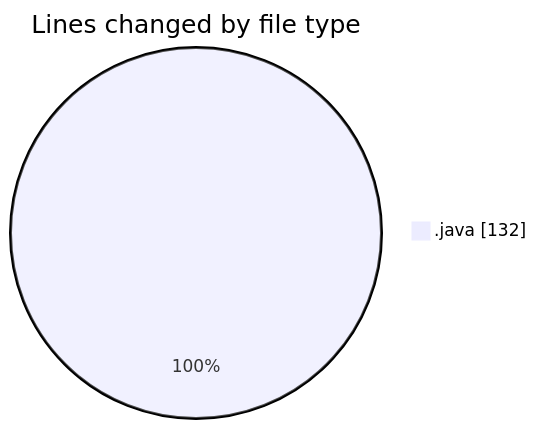
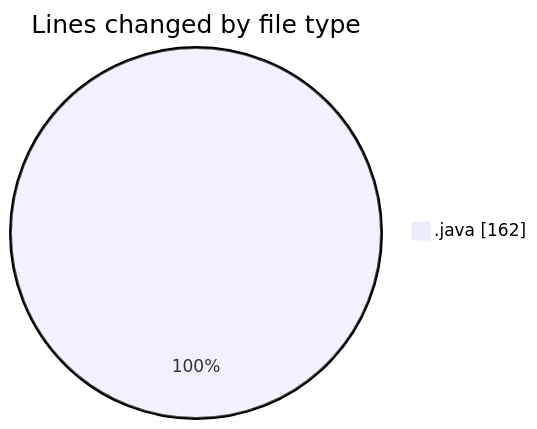
The first of 2 diagrams in 2025-03-10/startfiles__1_/README.md (NitaiMahat/code-tracking), drawn with Mermaid before and after one commit. The commit also changed other lines of this file and 1 other file, not shown here.

````diff
--- a/2025-03-10/startfiles__1_/README.md
+++ b/2025-03-10/startfiles__1_/README.md
@@ -22,5 +23,5 @@
 ```mermaid
 pie showData
 title Lines changed by file type
-".java" : 132
+".java" : 162
 ```
````
